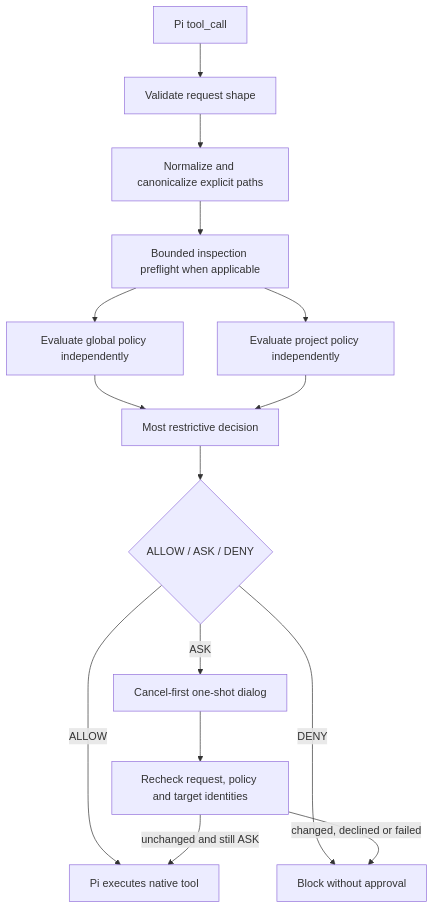
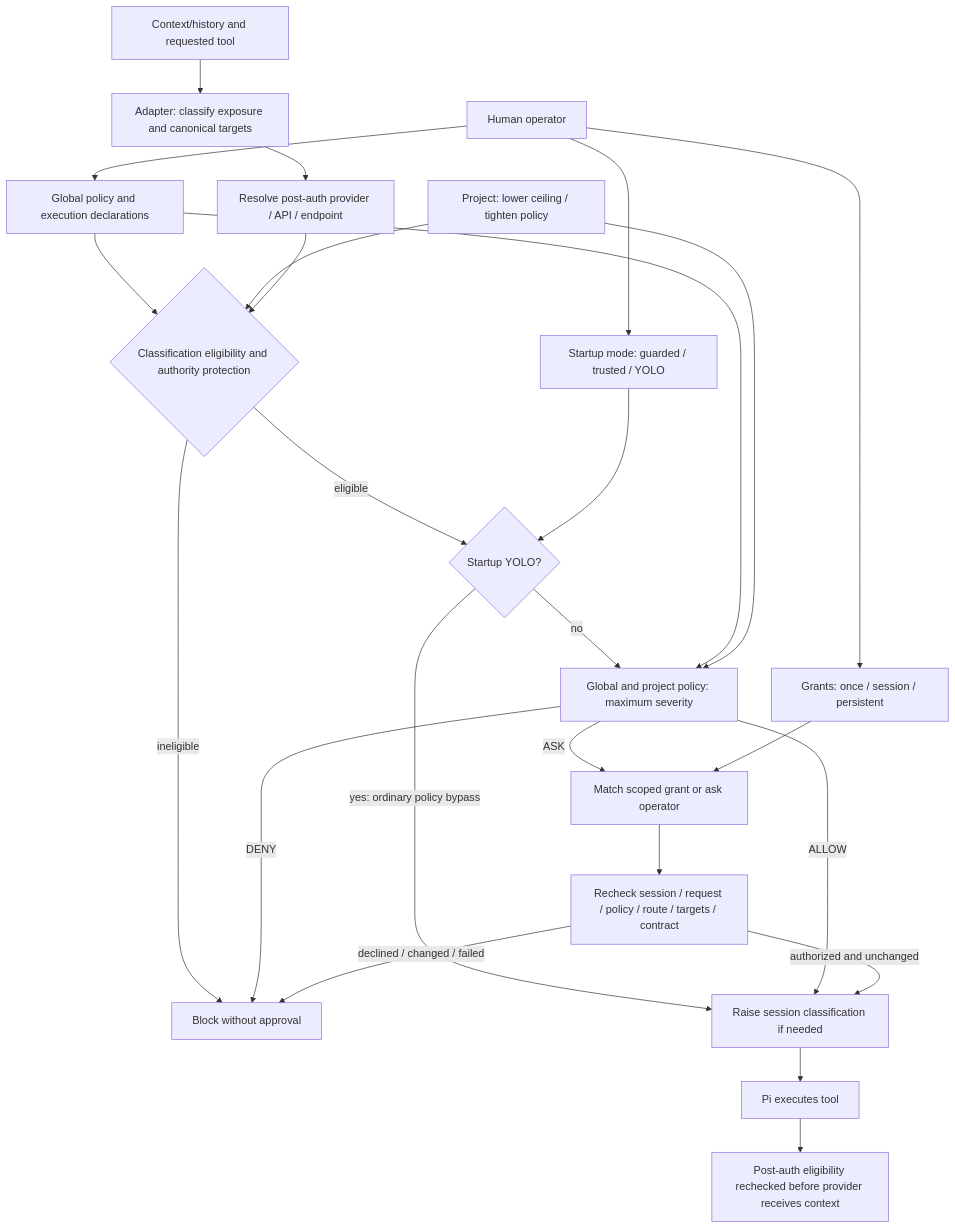
Before and after one commit to chicovw/pi-monotonic-permissions: the diagram in docs/architecture.md, drawn with Mermaid. The commit also changed other lines of this file and 38 other files, not shown here.

Commit message:
feat: govern extension tools and enforce execution eligibility.

````diff
--- a/docs/architecture.md
+++ b/docs/architecture.md
@@ -3,17 +3,27 @@
 ```mermaid
 flowchart TD
-  A[Pi tool_call] --> B[Validate request shape]
-  B --> C[Normalize and canonicalize explicit paths]
-  C --> D[Bounded inspection preflight when applicable]
-  D --> E[Evaluate global policy independently]
-  D --> F[Evaluate project policy independently]
-  E --> G[Most restrictive decision]
-  F --> G
-  G --> H{ALLOW / ASK / DENY}
-  H -->|ALLOW| I[Pi executes native tool]
-  H -->|DENY| J[Block without approval]
-  H -->|ASK| K[Cancel-first one-shot dialog]
-  K --> L[Recheck request, policy and target identities]
-  L -->|unchanged and still ASK| I
-  L -->|changed, declined or failed| J
+  O[Human operator] --> M[Startup mode: guarded / trusted / YOLO]
+  O --> G[Grants: once / session / persistent]
+  O --> P[Global policy and execution declarations]
+  C[Context/history and requested tool] --> A[Adapter: classify exposure and canonical targets]
+  A --> R[Resolve post-auth provider / API / endpoint]
+  P --> L{Classification eligibility and authority protection}
+  J[Project: lower ceiling / tighten policy] --> L
+  R --> L
+  L -->|ineligible| B[Block without approval]
+  L -->|eligible| Y{Startup YOLO?}
+  M --> Y
+  Y -->|yes: ordinary policy bypass| H[Raise session classification if needed]
+  Y -->|no| E[Global and project policy: maximum severity]
+  P --> E
+  J --> E
+  E -->|DENY| B
+  E -->|ALLOW| H
+  E -->|ASK| Q[Match scoped grant or ask operator]
+  G --> Q
+  Q --> V[Recheck session / request / policy / route / targets / contract]
+  V -->|authorized and unchanged| H
+  V -->|declined / changed / failed| B
+  H --> X[Pi executes tool]
+  X --> F[Post-auth eligibility rechecked before provider receives context]
 ```
````
